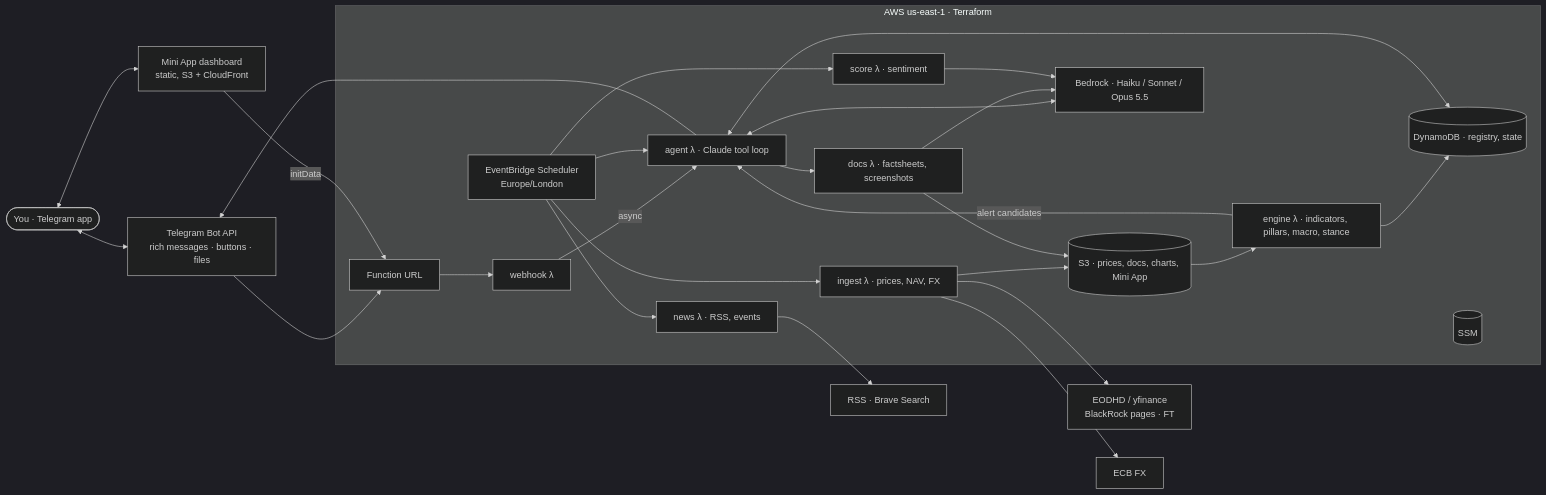
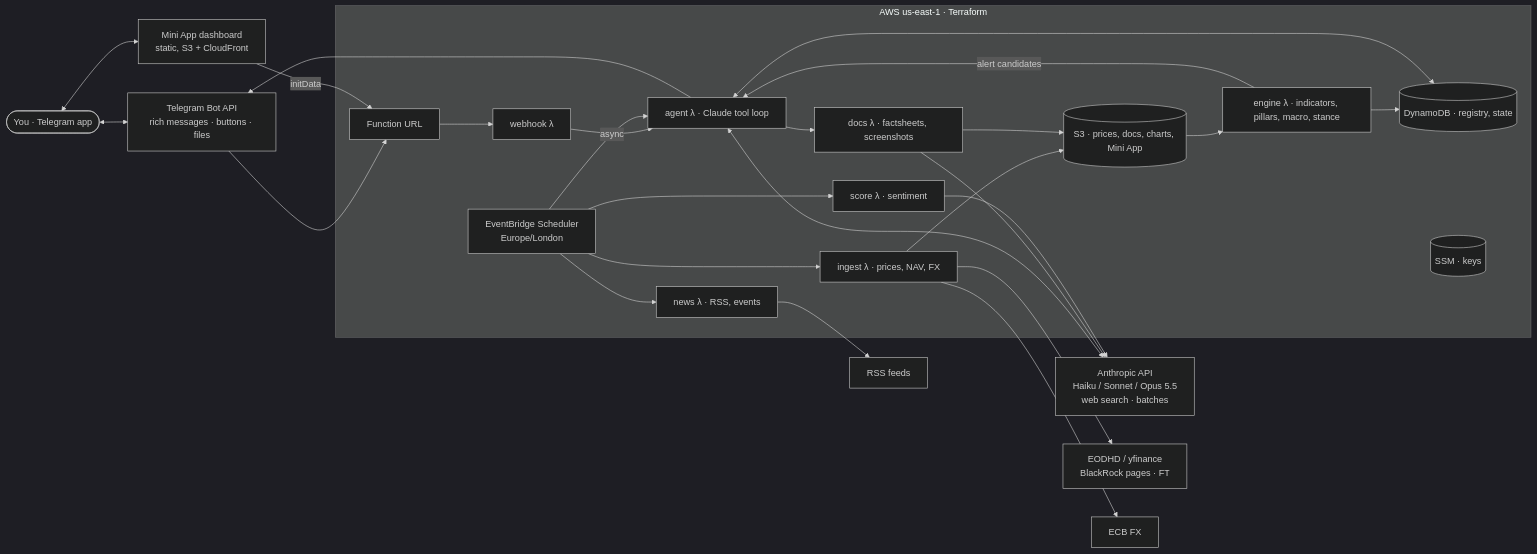
Before and after one commit to gilipersonal/mypaisa-agent: the first of 2 diagrams in ARCHITECTURE.md, drawn with Mermaid (dark theme). The commit also changed other lines of this file and 5 other files, not shown here.

First line of the commit message:
Claude through the Anthropic API instead of Bedrock

````diff
--- a/ARCHITECTURE.md
+++ b/ARCHITECTURE.md
@@ -65,40 +65,40 @@
 ```mermaid
 flowchart LR
   you([You · Telegram app])
   tg[Telegram Bot API<br/>rich messages · buttons · files]
   mini[Mini App dashboard<br/>static, S3 + CloudFront]
   subgraph aws[AWS us-east-1 · Terraform]
     url[Function URL]
     hook[webhook λ]
     agent[agent λ · Claude tool loop]
     ingest[ingest λ · prices, NAV, FX]
     engine[engine λ · indicators, pillars, macro, stance]
     news[news λ · RSS, events]
     score[score λ · sentiment]
     docs[docs λ · factsheets, screenshots]
     sched[EventBridge Scheduler<br/>Europe/London]
     ddb[(DynamoDB · registry, state)]
     s3[(S3 · prices, docs, charts, Mini App)]
-    br[Bedrock · Haiku / Sonnet / Opus 5.5]
-    ssm[(SSM)]
+    ssm[(SSM · keys)]
   end
+  br[Anthropic API<br/>Haiku / Sonnet / Opus 5.5<br/>web search · batches]
   mkt[EODHD / yfinance<br/>BlackRock pages · FT]
   ecb[ECB FX]
-  rss[RSS · Brave Search]
+  rss[RSS feeds]
 
   you <--> tg
   you <--> mini
   tg --> url --> hook -- async --> agent
   agent --> tg
   mini -- initData --> url
   sched --> ingest & news & score & agent
   ingest --> mkt & ecb
   ingest --> s3 --> engine --> ddb
   engine -- alert candidates --> agent
   agent <--> br
   agent <--> ddb
   agent --> docs --> br
   docs --> s3
   news --> rss
   score --> br
 ```
````
